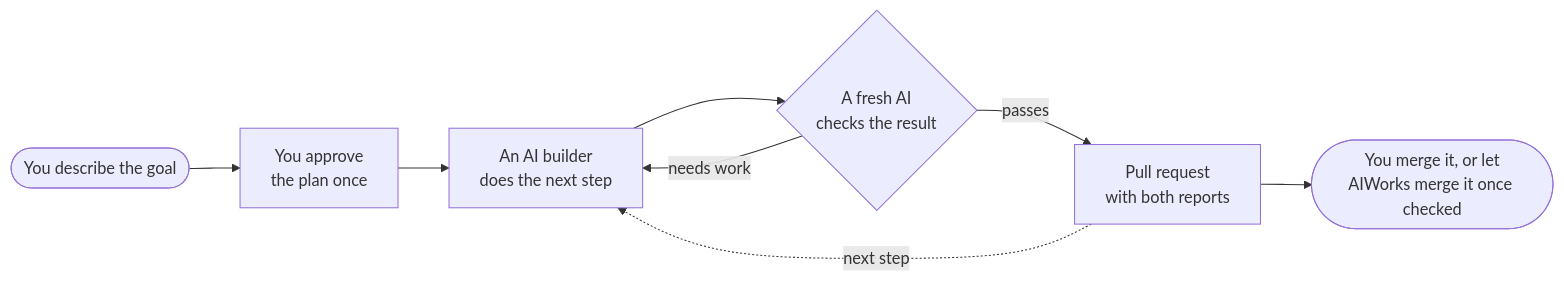
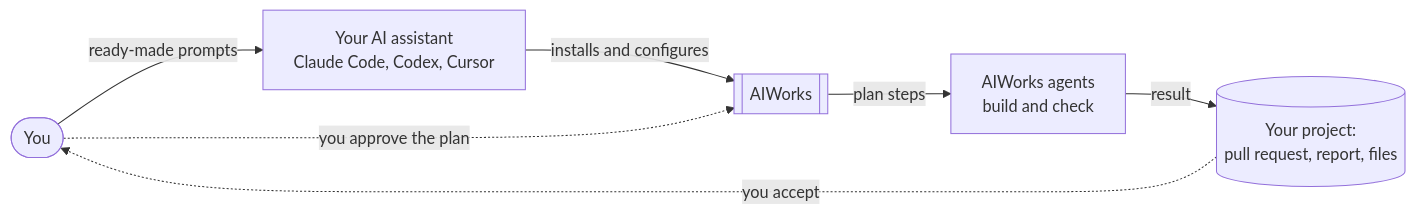
Before and after one commit to netbka/aiworks: the first of 2 diagrams in README.md, drawn with Mermaid. The commit also changed other lines of this file and 8 other files, not shown here.

````diff
--- a/README.md
+++ b/README.md
@@ -46,10 +31,9 @@
 ```mermaid
 flowchart LR
-    goal([You describe the goal]) --> plan[You approve<br/>the plan once]
-    plan --> build[An AI builder<br/>does the next step]
-    build --> check{A fresh AI<br/>checks the result}
-    check -- needs work --> build
-    check -- passes --> pr[Pull request<br/>with both reports]
-    pr --> merge([You merge it, or let<br/>AIWorks merge it once checked])
-    pr -. next step .-> build
+    you([You]) -- "ready-made prompts" --> assistant[Your AI assistant<br/>Claude Code, Codex, Cursor]
+    assistant -- "installs and configures" --> aiworks[[AIWorks]]
+    you -. "you approve the plan" .-> aiworks
+    aiworks -- "plan steps" --> agents[AIWorks agents<br/>build and check]
+    agents -- "result" --> out[(Your project:<br/>pull request, report, files)]
+    out -. "you accept" .-> you
 ```
````
